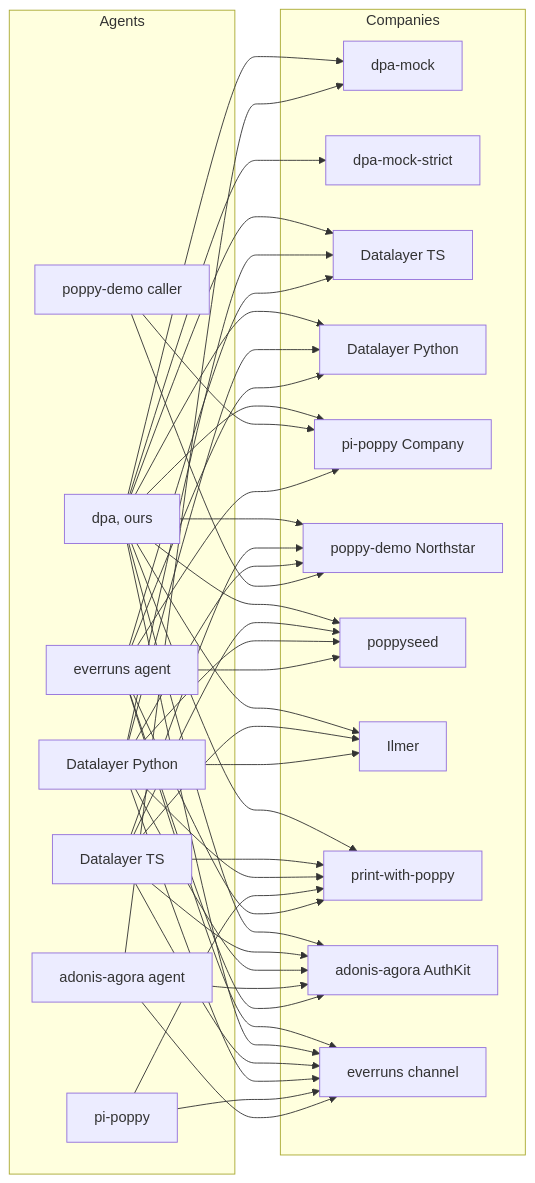
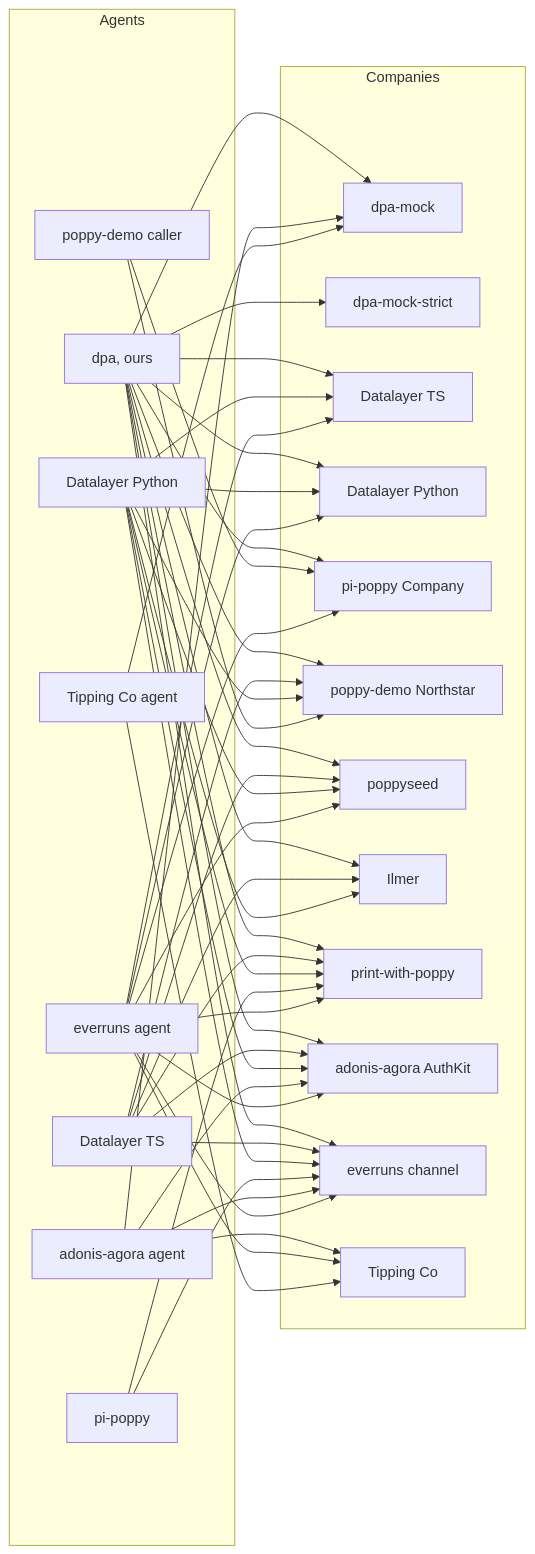
Before and after one commit to adewale/pda: the diagram in docs/ecosystem.md, drawn with Mermaid. The commit also changed other lines of this file and 11 other files, not shown here.

````diff
--- a/docs/ecosystem.md
+++ b/docs/ecosystem.md
@@ -173,33 +166,35 @@
 ```mermaid
 flowchart LR
   subgraph Agents
     dpa[dpa, ours]
     dlts[Datalayer TS]
     dlpy[Datalayer Python]
     pi[pi-poppy]
     demo[poppy-demo caller]
     adonis[adonis-agora agent]
     evag[everruns agent]
+    tcag[Tipping Co agent]
   end
   subgraph Companies
     mock[dpa-mock]
     strict[dpa-mock-strict]
     mts[Datalayer TS]
     mpy[Datalayer Python]
     pico[pi-poppy Company]
     north[poppy-demo Northstar]
     seed[poppyseed]
     ilmer[Ilmer]
     pwp[print-with-poppy]
     authkit[adonis-agora AuthKit]
     evco[everruns channel]
+    tcco[Tipping Co]
   end
-  dpa --> mock & strict & mts & mpy & pico & north & seed & ilmer & pwp & authkit
-  dlts --> north & seed & ilmer & pwp & authkit
-  dlpy --> mts & mpy & north & seed & ilmer & pwp & authkit
-  pi --> pwp
+  dpa --> mock & strict & mts & mpy & pico & north & seed & ilmer & pwp & authkit & evco
+  dlts --> north & seed & ilmer & pwp & authkit & evco
+  dlpy --> mts & mpy & north & seed & ilmer & pwp & authkit & evco
+  pi --> pwp & evco
   demo --> pico & north
-  adonis --> mock & authkit
-  evag --> mts & mpy & pico & seed & pwp & authkit & evco
-  dpa & dlts & dlpy & pi & adonis --> evco
+  adonis --> mock & authkit & evco & tcco
+  evag --> mts & mpy & pico & seed & pwp & authkit & evco & tcco
+  tcag --> mock & tcco
 ```
````
